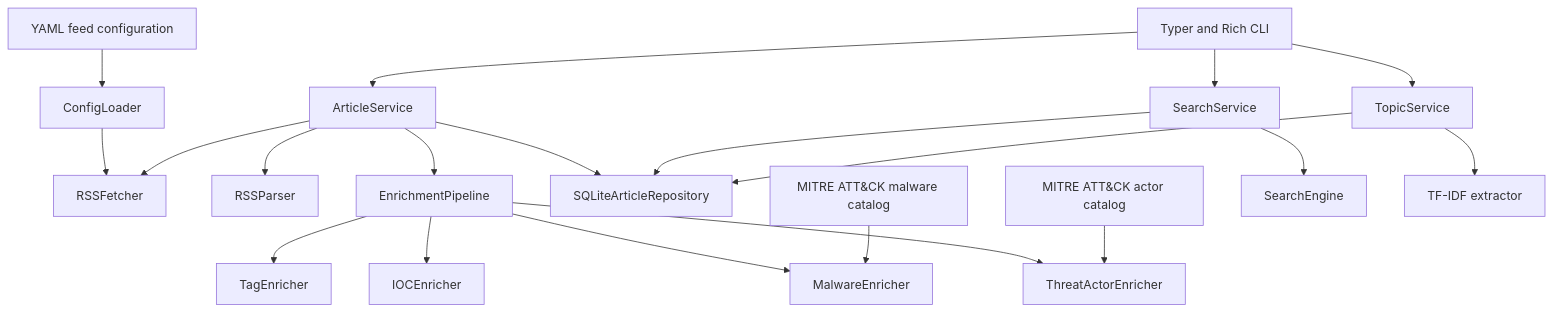
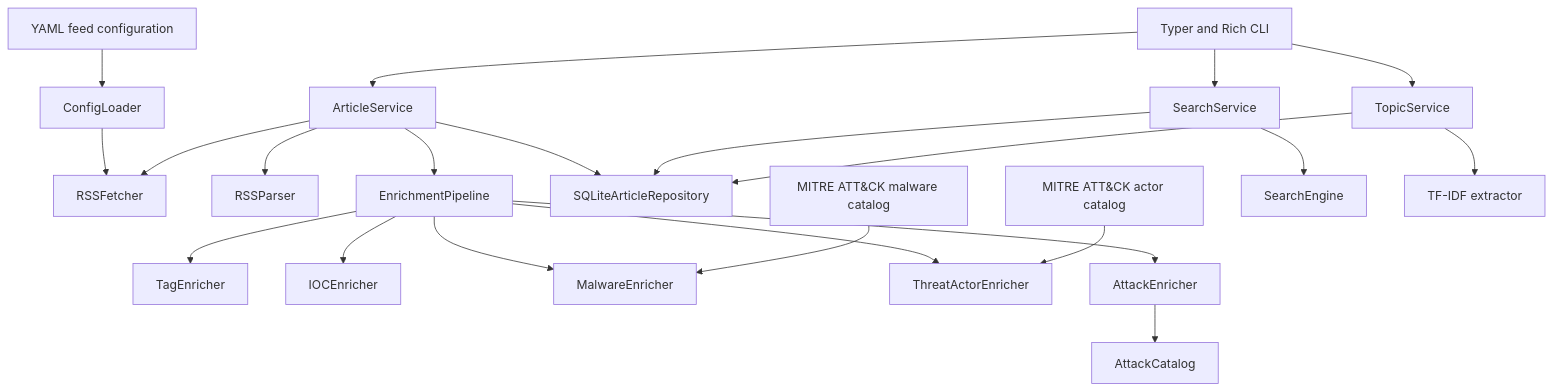
One commit to arieltoniatto/cyber-rss-reader changed the diagram in README.md. Above: the diagram before and after it, drawn with Mermaid. The commit also changed other lines of this file and 20 other files, not shown here.

Commit message:
feat(attack): map techniques, campaigns and catalog relationships

````diff
--- a/README.md
+++ b/README.md
@@ -177,30 +177,32 @@
 ```mermaid
 flowchart TD
     CLI[Typer and Rich CLI]
 
     CLI --> ArticleService
     CLI --> SearchService
     CLI --> TopicService
 
     FeedConfig[YAML feed configuration] --> ConfigLoader
     ConfigLoader --> RSSFetcher
 
     ArticleService --> RSSFetcher
     ArticleService --> RSSParser
     ArticleService --> EnrichmentPipeline
     ArticleService --> Repository[SQLiteArticleRepository]
 
     EnrichmentPipeline --> TagEnricher
     EnrichmentPipeline --> IOCEnricher
     EnrichmentPipeline --> MalwareEnricher
     EnrichmentPipeline --> ThreatActorEnricher
+    EnrichmentPipeline --> AttackEnricher
+    AttackEnricher --> AttackCatalog
 
     MalwareCatalog[MITRE ATT&CK malware catalog] --> MalwareEnricher
     ThreatActorCatalog[MITRE ATT&CK actor catalog] --> ThreatActorEnricher
 
     SearchService --> Repository
     SearchService --> SearchEngine
 
     TopicService --> Repository
     TopicService --> TFIDF[TF-IDF extractor]
 ```
````
